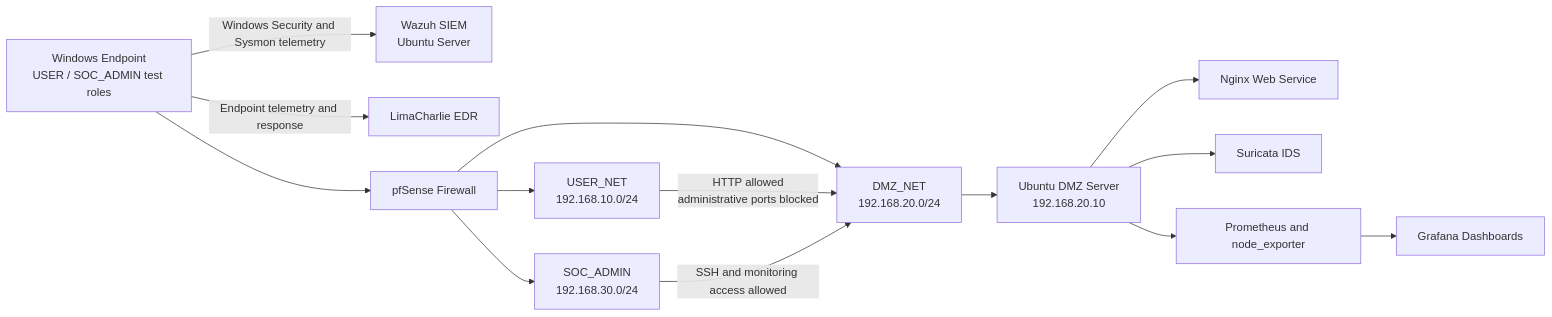
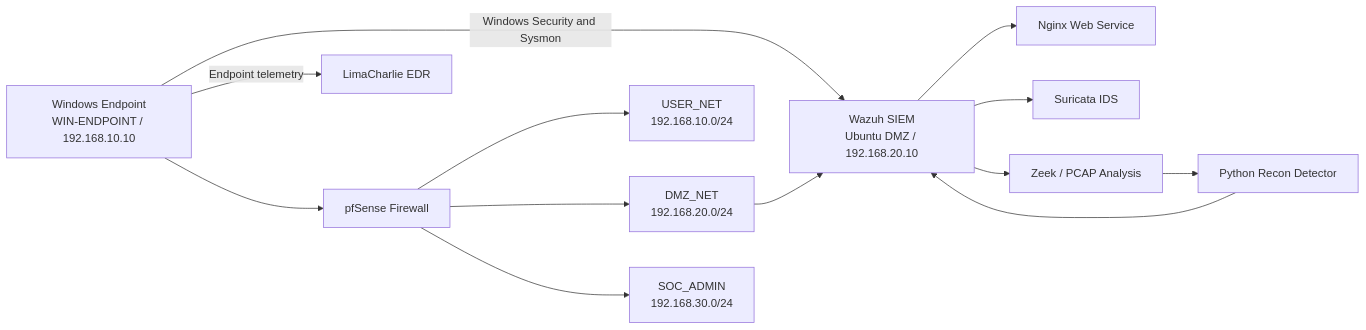
One commit to LeMinhQuang1232/soc-blue-team-detection-engineering changed the diagram in README.md. Above: the diagram before and after it, drawn with Mermaid. The commit also changed other lines of this file and 247 other files, not shown here.

````diff
--- a/README.md
+++ b/README.md
@@ -13,22 +13,27 @@
 ```mermaid
 flowchart LR
-    WIN["Windows Endpoint<br/>USER / SOC_ADMIN test roles"]
+    WIN["Windows Endpoint<br/>WIN-ENDPOINT / 192.168.10.10"]
+    WAZUH["Wazuh SIEM<br/>Ubuntu DMZ / 192.168.20.10"]
+    LC["LimaCharlie EDR"]
+    PFS["pfSense Firewall"]
+    USER["USER_NET<br/>192.168.10.0/24"]
+    DMZ["DMZ_NET<br/>192.168.20.0/24"]
+    ADMIN["SOC_ADMIN<br/>192.168.30.0/24"]
+    NGINX["Nginx Web Service"]
+    SURICATA["Suricata IDS"]
+    ZEEK["Zeek / PCAP Analysis"]
+    PY["Python Recon Detector"]
 
-    WIN -->|"Windows Security and Sysmon telemetry"| WAZUH["Wazuh SIEM<br/>Ubuntu Server"]
-    WIN -->|"Endpoint telemetry and response"| LC["LimaCharlie EDR"]
-    WIN --> PFS["pfSense Firewall"]
-
-    PFS --> USER["USER_NET<br/>192.168.10.0/24"]
-    PFS --> DMZ["DMZ_NET<br/>192.168.20.0/24"]
-    PFS --> ADMIN["SOC_ADMIN<br/>192.168.30.0/24"]
-
-    DMZ --> UBUNTU["Ubuntu DMZ Server<br/>192.168.20.10"]
-
-    UBUNTU --> NGINX["Nginx Web Service"]
-    UBUNTU --> SURICATA["Suricata IDS"]
-    UBUNTU --> PROM["Prometheus and node_exporter"]
-    PROM --> GRAFANA["Grafana Dashboards"]
-
-    USER -->|"HTTP allowed<br/>administrative ports blocked"| DMZ
-    ADMIN -->|"SSH and monitoring access allowed"| DMZ
+    WIN -->|"Windows Security and Sysmon"| WAZUH
+    WIN -->|"Endpoint telemetry"| LC
+    WIN --> PFS
+    PFS --> USER
+    PFS --> DMZ
+    PFS --> ADMIN
+    DMZ --> WAZUH
+    WAZUH --> NGINX
+    WAZUH --> SURICATA
+    WAZUH --> ZEEK
+    ZEEK --> PY
+    PY --> WAZUH
 ```
````
